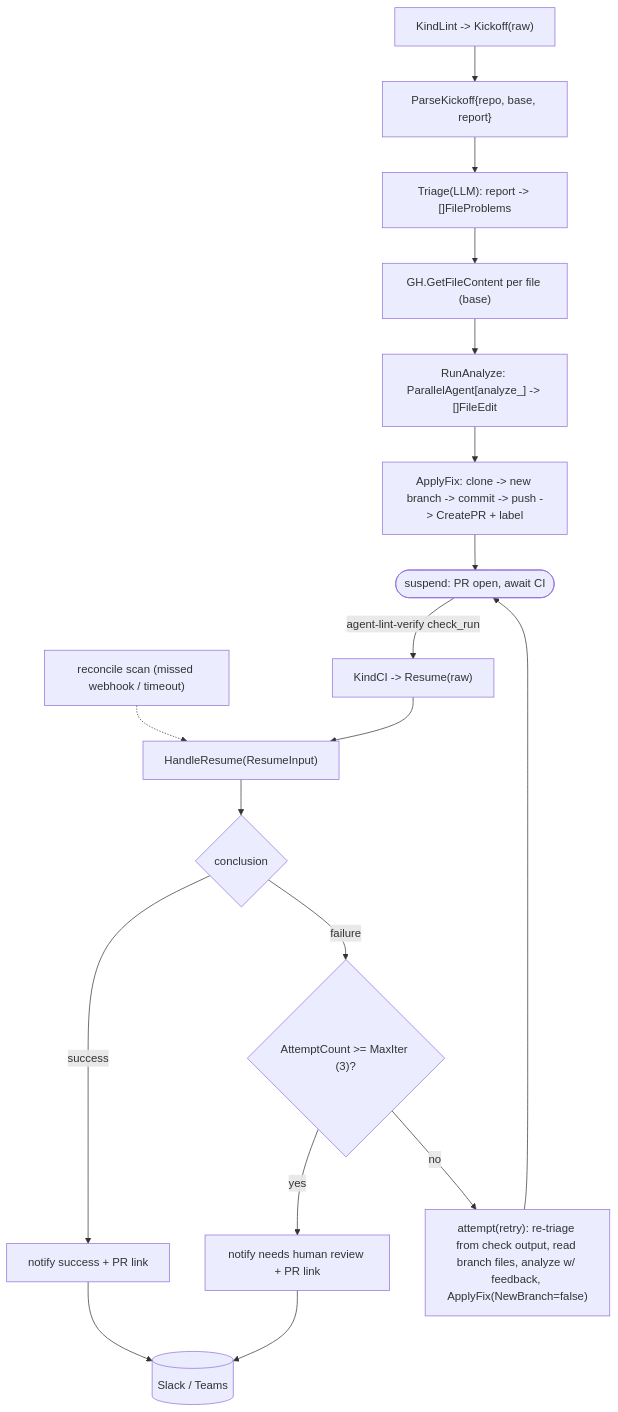
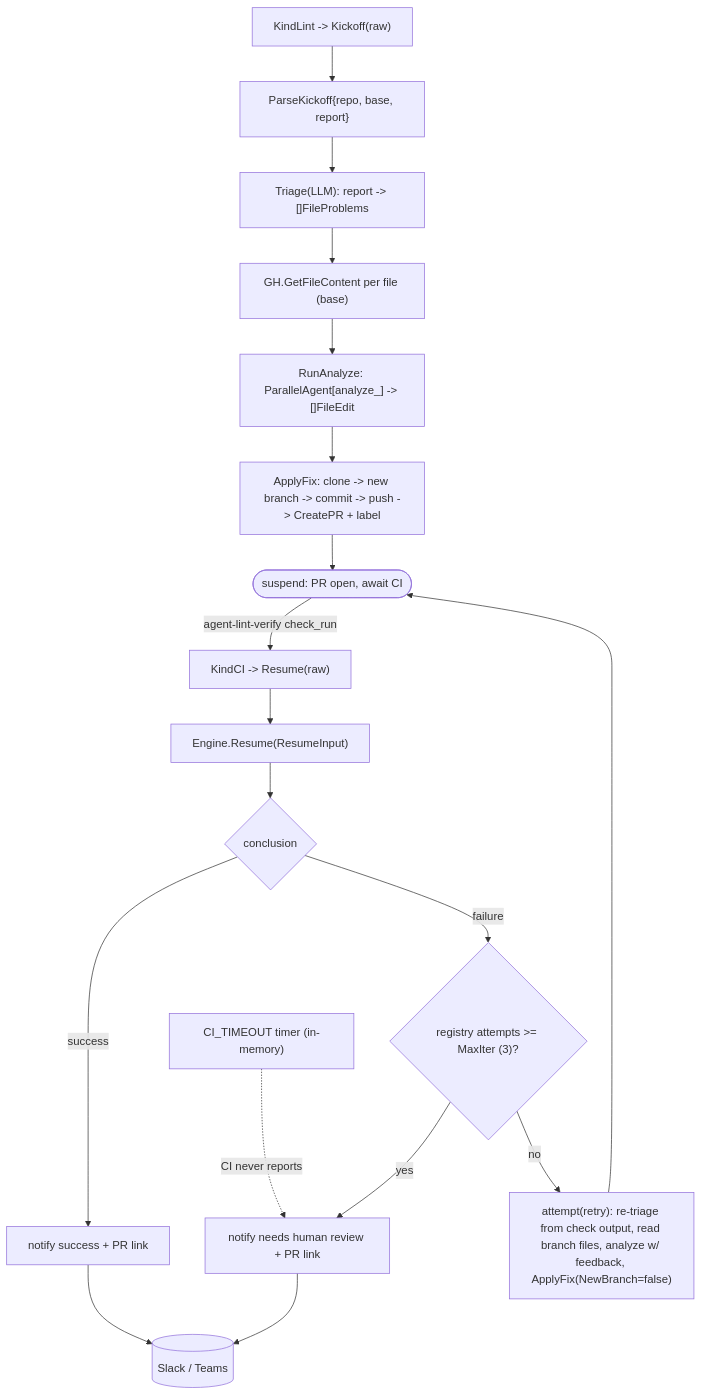
One commit to jkjamies/automation-agent changed the diagram in internal/agent/lintfixer/AGENTS.md. Above: the diagram before and after it, drawn with Mermaid. The commit also changed other lines of this file and 13 other files, not shown here.

````diff
--- a/internal/agent/lintfixer/AGENTS.md
+++ b/internal/agent/lintfixer/AGENTS.md
@@ -10,21 +13,21 @@
 ```mermaid
 flowchart TD
     K["KindLint -> Kickoff(raw)"] --> KP["ParseKickoff{repo, base, report}"]
     KP --> T["Triage(LLM): report -> []FileProblems"]
     T --> FF["GH.GetFileContent per file (base)"]
     FF --> AN["RunAnalyze: ParallelAgent[analyze_<file>] -> []FileEdit"]
     AN --> AF["ApplyFix: clone -> new branch -> commit -> push -> CreatePR + label"]
     AF --> SUS(["suspend: PR open, await CI"])
 
     SUS -->|"agent-lint-verify check_run"| CI["KindCI -> Resume(raw)"]
-    Recon["reconcile scan (missed webhook / timeout)"] -.-> RH
-    CI --> RH["HandleResume(ResumeInput)"]
+    TO["CI_TIMEOUT timer (in-memory)"] -.->|"CI never reports"| HR
+    CI --> RH["Engine.Resume(ResumeInput)"]
     RH --> C{conclusion}
     C -->|success| OK["notify success + PR link"]
-    C -->|failure| AT{"AttemptCount >= MaxIter (3)?"}
+    C -->|failure| AT{"registry attempts >= MaxIter (3)?"}
     AT -->|yes| HR["notify needs human review + PR link"]
     AT -->|no| RT["attempt(retry): re-triage from check output, read branch files, analyze w/ feedback, ApplyFix(NewBranch=false)"]
     RT --> SUS
     OK --> Chat[("Slack / Teams")]
     HR --> Chat
 ```
````
